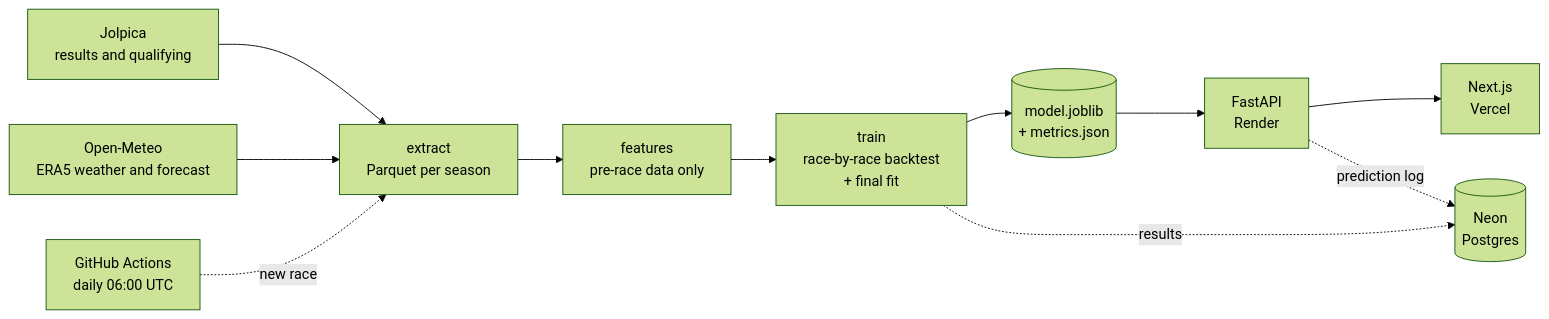
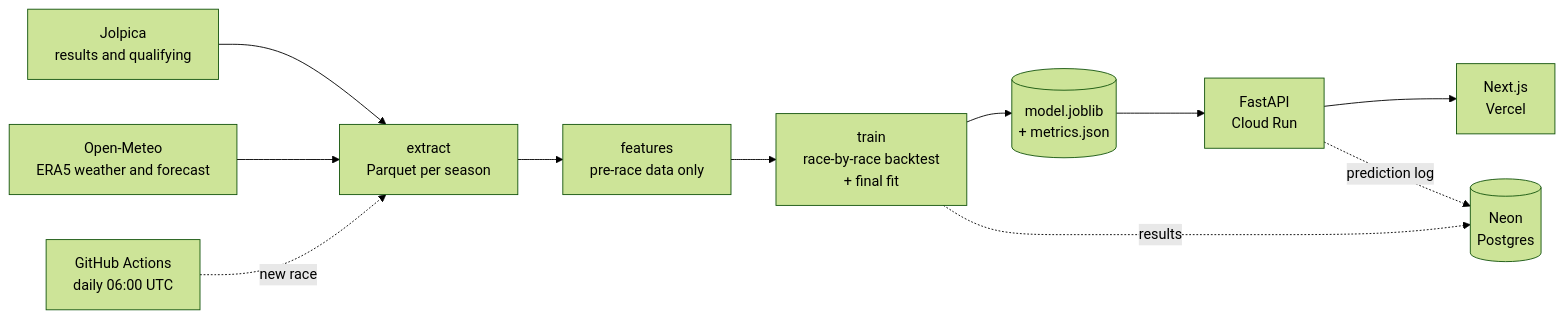
One commit to davillera/boxbox changed the diagram in README.md. Above: the diagram before and after it, drawn with Mermaid (forest theme). The commit also changed other lines of this file and 4 other files, not shown here.

First line of the commit message:
Migrate API deployment to Cloud Run

````diff
--- a/README.md
+++ b/README.md
@@ -47,13 +47,13 @@
 ```mermaid
 flowchart LR
     J[Jolpica<br/>results and qualifying] --> E
     O[Open-Meteo<br/>ERA5 weather and forecast] --> E
     E[extract<br/>Parquet per season] --> F[features<br/>pre-race data only]
     F --> T[train<br/>race-by-race backtest<br/>+ final fit]
     T --> M[(model.joblib<br/>+ metrics.json)]
-    M --> A[FastAPI<br/>Render]
+    M --> A[FastAPI<br/>Cloud Run]
     A --> W[Next.js<br/>Vercel]
     T -. results .-> N[(Neon<br/>Postgres)]
     A -. prediction log .-> N
     G[GitHub Actions<br/>daily 06:00 UTC] -. new race .-> E
 ```
````
